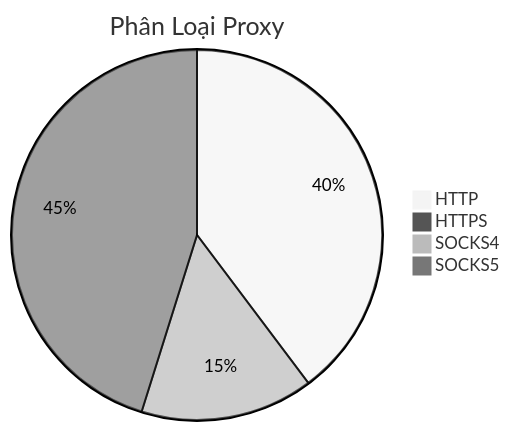
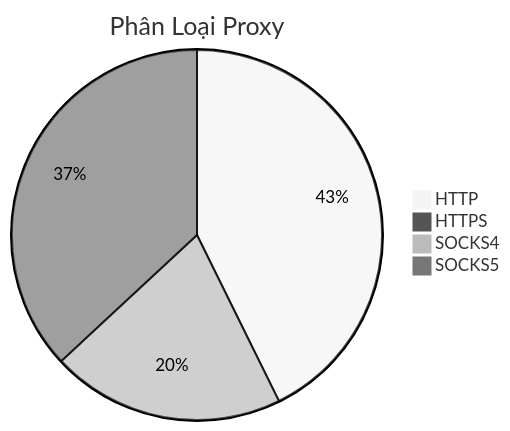
Before and after one commit to Ciara-Aa/PROXY-free: the diagram in README.md, drawn with Mermaid (neutral theme). The commit also changed other lines of this file and 4 other files, not shown here.

````diff
--- a/README.md
+++ b/README.md
@@ -26,7 +26,7 @@
 ```mermaid
 pie title Phân Loại Proxy
-    "HTTP" : 300
-    "HTTPS" : 2
-    "SOCKS4" : 114
-    "SOCKS5" : 341
+    "HTTP" : 354
+    "HTTPS" : 0
+    "SOCKS4" : 169
+    "SOCKS5" : 306
 ```
````
